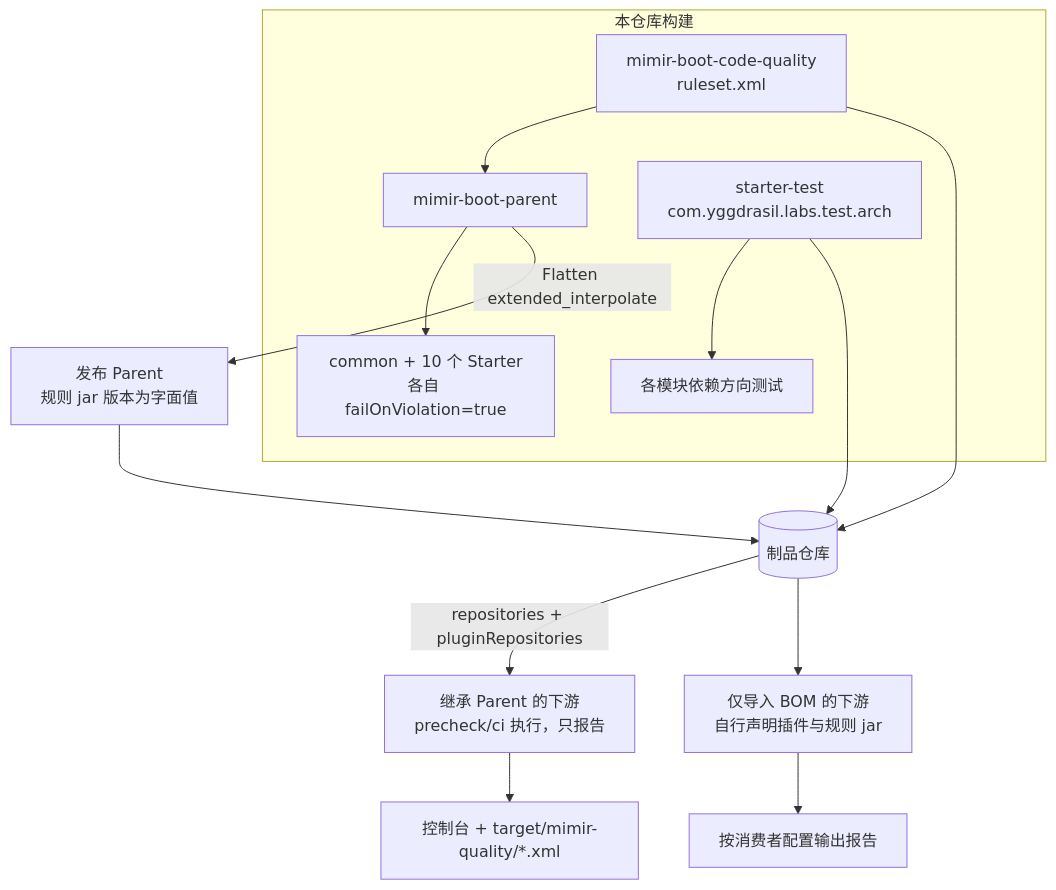
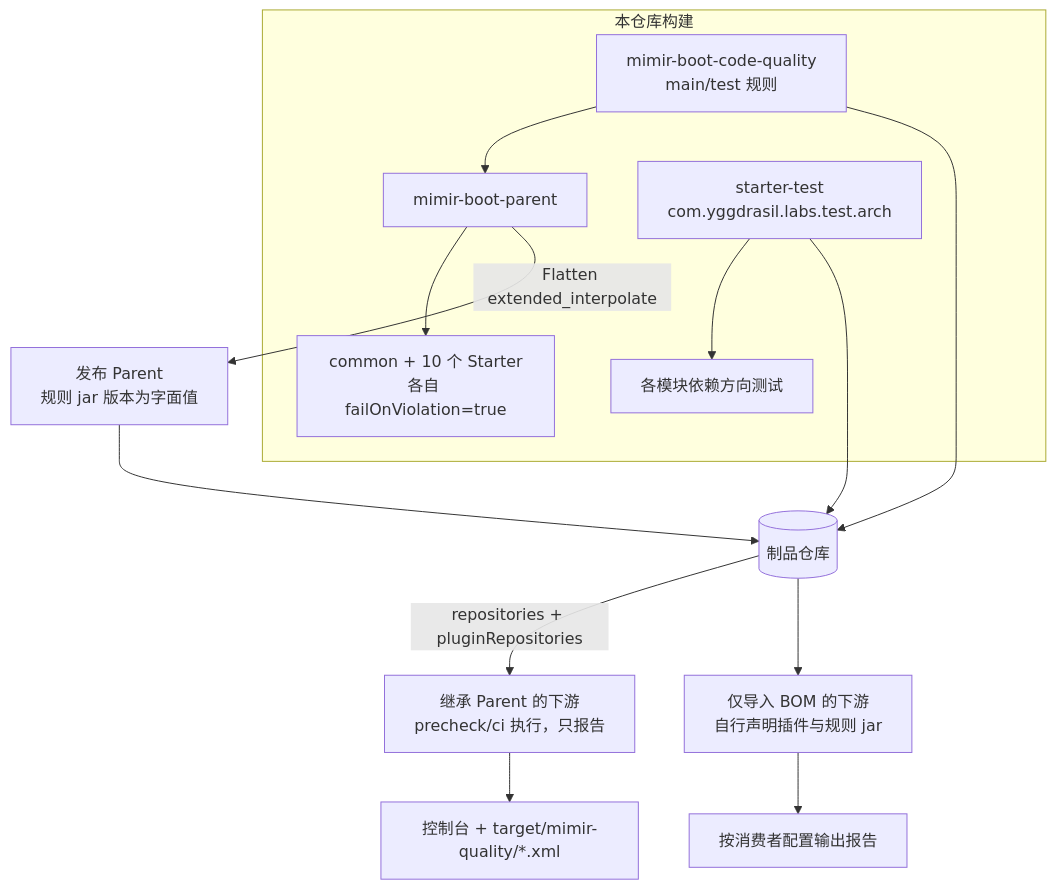
One commit to Yggdrasil-Labs/mimir-boot changed the diagram in docs/active/v2.4.0/code-quality-toolchain/design.md. Above: the diagram before and after it, drawn with Mermaid. The commit also changed other lines of this file and 19 other files, not shown here.

````diff
--- a/docs/active/v2.4.0/code-quality-toolchain/design.md
+++ b/docs/active/v2.4.0/code-quality-toolchain/design.md
@@ -55,16 +55,16 @@
 ```mermaid
 flowchart TB
     subgraph Producer[本仓库构建]
-        CQ[mimir-boot-code-quality<br/>ruleset.xml] --> P[mimir-boot-parent]
+        CQ[mimir-boot-code-quality<br/>main/test 规则] --> P[mimir-boot-parent]
         P --> M[common + 10 个 Starter<br/>各自 failOnViolation=true]
         T[starter-test<br/>com.yggdrasil.labs.test.arch] --> MT[各模块依赖方向测试]
     end
     P -->|Flatten extended_interpolate| PP[发布 Parent<br/>规则 jar 版本为字面值]
     CQ --> REPO[(制品仓库)]
     PP --> REPO
     T --> REPO
     REPO -->|repositories + pluginRepositories| C1[继承 Parent 的下游<br/>precheck/ci 执行，只报告]
     REPO --> C2[仅导入 BOM 的下游<br/>自行声明插件与规则 jar]
     C1 --> OUT[控制台 + target/mimir-quality/*.xml]
     C2 --> OUT2[按消费者配置输出报告]
 ```
````
